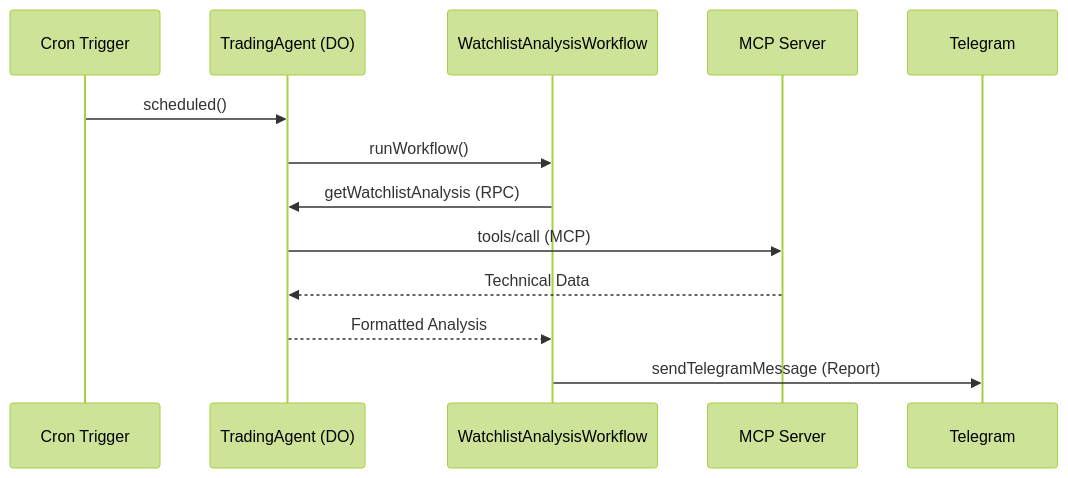
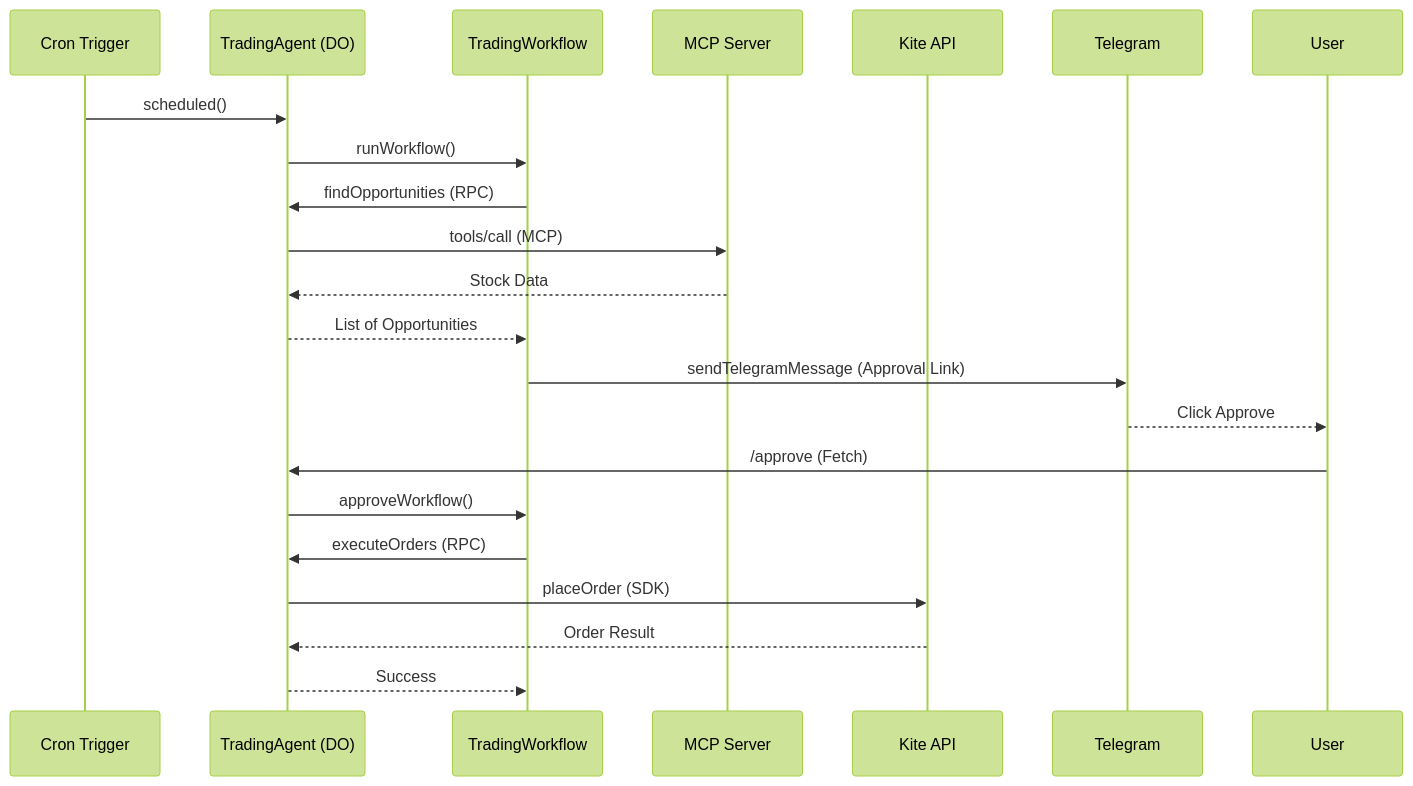
The diagram in AGENTS.md (imdurgadas/cf-stock-trading-agent), drawn with Mermaid (forest theme) before and after one commit. The commit also changed other lines of this file and 5 other files, not shown here.

Commit message:
feat: integrate Kite Connect SDK for order execution and session management with manual approval workflow via Telegram

````diff
--- a/AGENTS.md
+++ b/AGENTS.md
@@ -21,16 +29,24 @@
 ```mermaid
 sequenceDiagram
     participant C as Cron Trigger
     participant A as TradingAgent (DO)
-    participant W as WatchlistAnalysisWorkflow
+    participant W as TradingWorkflow
     participant M as MCP Server
+    participant K as Kite API
     participant T as Telegram
 
     C->>A: scheduled()
     A->>W: runWorkflow()
-    W->>A: getWatchlistAnalysis (RPC)
+    W->>A: findOpportunities (RPC)
     A->>M: tools/call (MCP)
-    M-->>A: Technical Data
-    A-->>W: Formatted Analysis
-    W->>T: sendTelegramMessage (Report)
+    M-->>A: Stock Data
+    A-->>W: List of Opportunities
+    W->>T: sendTelegramMessage (Approval Link)
+    T-->>User: Click Approve
+    User->>A: /approve (Fetch)
+    A->>W: approveWorkflow()
+    W->>A: executeOrders (RPC)
+    A->>K: placeOrder (SDK)
+    K-->>A: Order Result
+    A-->>W: Success
 ```
````
